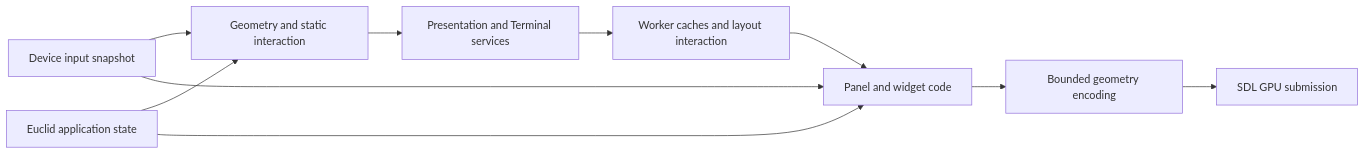
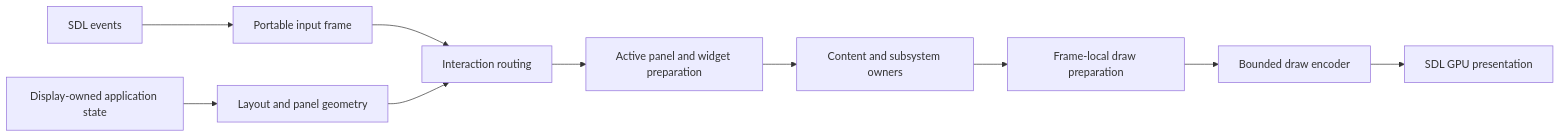
One commit to derekshoneycutt/Euclid changed the first of 7 diagrams in docs/wiki/Guides/UiSystem.md. Above: the diagram before and after it, drawn with Mermaid. The commit also changed other lines of this file and 11 other files, not shown here.

````diff
--- a/docs/wiki/Guides/UiSystem.md
+++ b/docs/wiki/Guides/UiSystem.md
@@ -68,21 +58,12 @@
 ```mermaid
 flowchart LR
-    Input[Device input snapshot]
-    State[Euclid application state]
-    Layout[Geometry and static interaction]
-    Services[Presentation and Terminal services]
-    Prepare[Worker caches and layout interaction]
-    Panels[Panel and widget code]
-    Draw[Bounded geometry encoding]
-    Submit[SDL GPU submission]
-
-    Input --> Layout
-    State --> Layout
-    Layout --> Services
-    Services --> Prepare
-    State --> Panels
-    Input --> Panels
-    Prepare --> Panels
-    Panels --> Draw
-    Draw --> Submit
+    Device[SDL events] --> Input[Portable input frame]
+    State[Display-owned application state] --> Layout[Layout and panel geometry]
+    Input --> Route[Interaction routing]
+    Layout --> Route
+    Route --> Panels[Active panel and widget preparation]
+    Panels --> Services[Content and subsystem owners]
+    Services --> Prepared[Frame-local draw preparation]
+    Prepared --> Encoder[Bounded draw encoder]
+    Encoder --> GPU[SDL GPU presentation]
 ```
````
